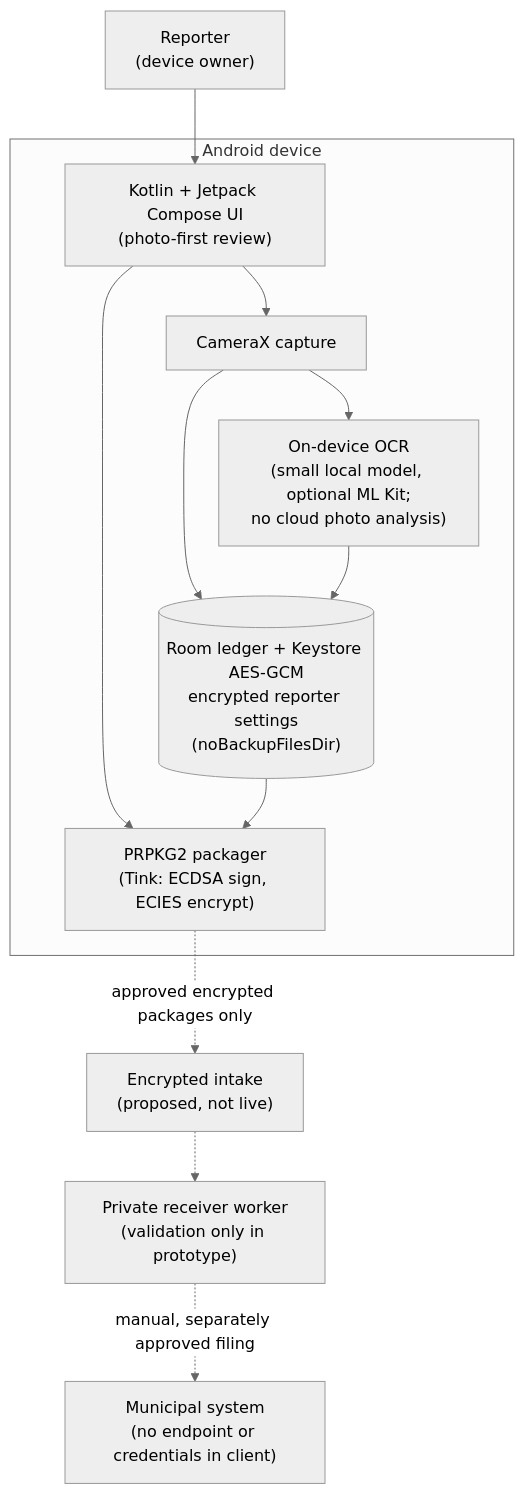
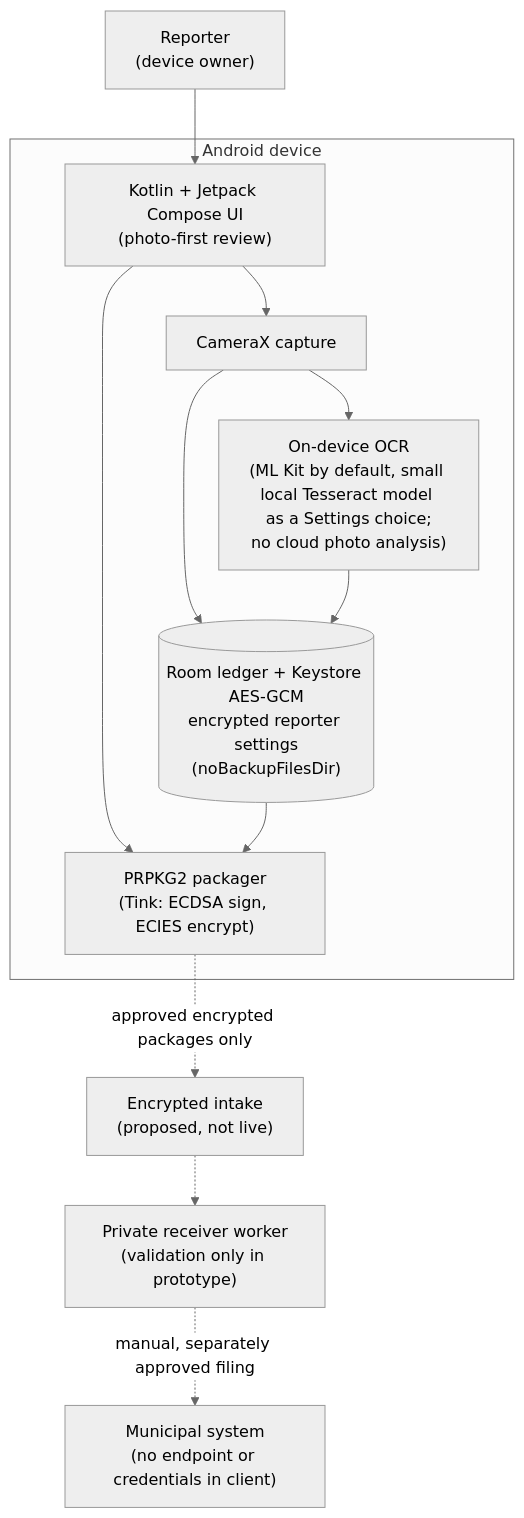
One commit to reihlinstinct/parking-reporter-app changed the first of 2 diagrams in ARCHITECTURE.md. Above: the diagram before and after it, drawn with Mermaid (neutral theme). The commit also changed 6 other files, not shown here.

Commit message:
docs: ML Kit is the default engine everywhere (SECURITY, DESIGN, ARCHITECTURE, PLATE_CLASSES, OFFLINE_OCR wording); entries instead of values(); engine read keyed by report (#210)

````diff
--- a/ARCHITECTURE.md
+++ b/ARCHITECTURE.md
@@ -7,24 +7,24 @@
 ```mermaid
 flowchart TB
     user["Reporter<br/>(device owner)"]
     subgraph device["Android device"]
         ui["Kotlin + Jetpack Compose UI<br/>(photo-first review)"]
         cam["CameraX capture"]
-        ocr["On-device OCR<br/>(small local model, optional ML Kit;<br/>no cloud photo analysis)"]
+        ocr["On-device OCR<br/>(ML Kit by default, small local Tesseract model as a Settings choice;<br/>no cloud photo analysis)"]
         store[("Room ledger + Keystore AES-GCM<br/>encrypted reporter settings<br/>(noBackupFilesDir)")]
         pack["PRPKG2 packager<br/>(Tink: ECDSA sign, ECIES encrypt)"]
     end
     intake["Encrypted intake<br/>(proposed, not live)"]
     worker["Private receiver worker<br/>(validation only in prototype)"]
     muni["Municipal system<br/>(no endpoint or credentials in client)"]
     user --> ui
     ui --> cam
     cam --> ocr
     cam --> store
     ocr --> store
     ui --> pack
     store --> pack
     pack -. "approved encrypted packages only" .-> intake
     intake -.-> worker
     worker -. "manual, separately approved filing" .-> muni
 ```
````
